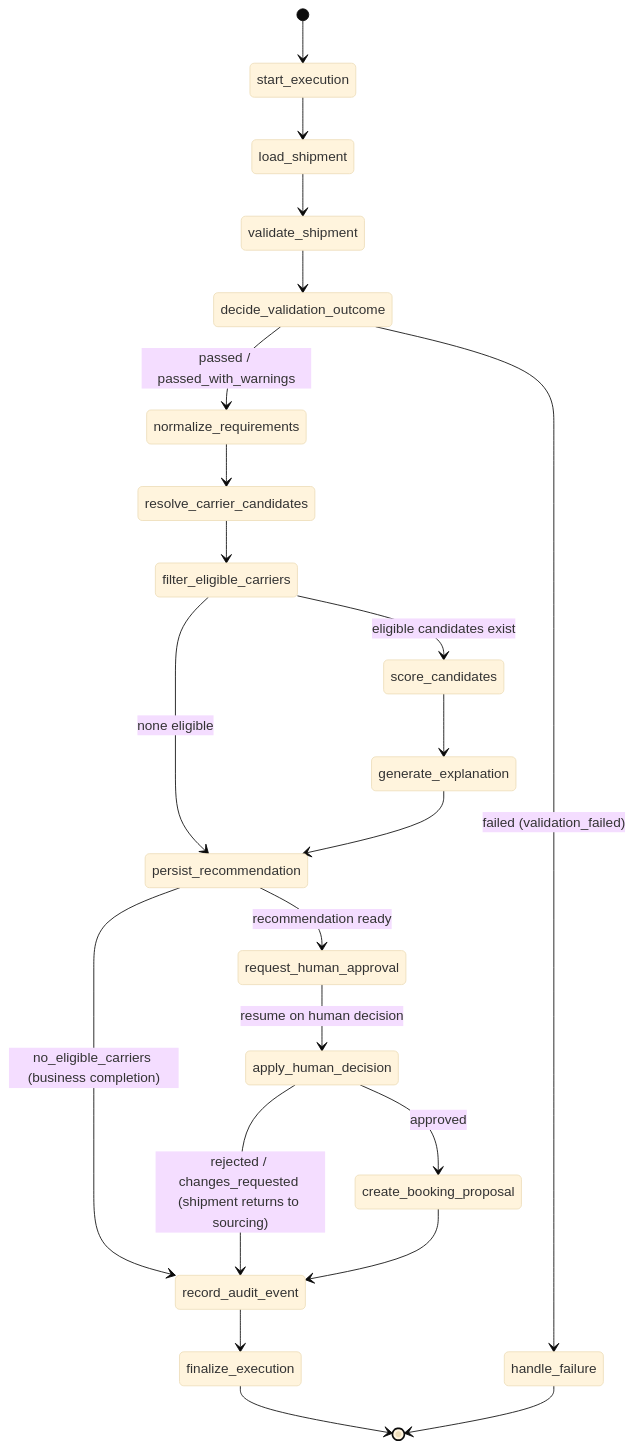
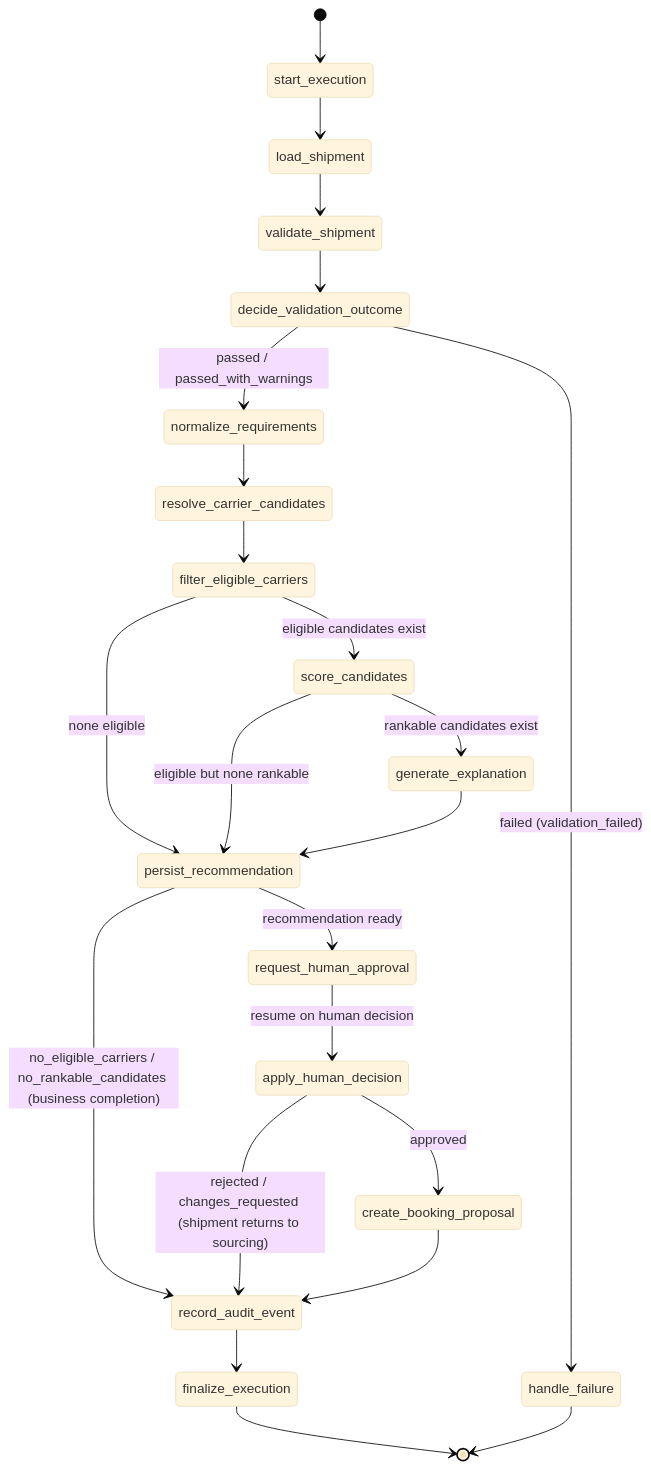
One commit to gmohanasriram-wq/FreightOps_AI changed the first of 2 diagrams in docs/07-agent-workflow.md. Above: the diagram before and after it, drawn with Mermaid (base theme). The commit also changed other lines of this file and 11 other files, not shown here.

````diff
--- a/docs/07-agent-workflow.md
+++ b/docs/07-agent-workflow.md
@@ -402,24 +402,25 @@
 ```mermaid
 stateDiagram-v2
     [*] --> start_execution
     start_execution --> load_shipment
     load_shipment --> validate_shipment
     validate_shipment --> decide_validation_outcome
     decide_validation_outcome --> normalize_requirements: passed / passed_with_warnings
     decide_validation_outcome --> handle_failure: failed (validation_failed)
     normalize_requirements --> resolve_carrier_candidates
     resolve_carrier_candidates --> filter_eligible_carriers
     filter_eligible_carriers --> score_candidates: eligible candidates exist
     filter_eligible_carriers --> persist_recommendation: none eligible
-    score_candidates --> generate_explanation
+    score_candidates --> generate_explanation: rankable candidates exist
+    score_candidates --> persist_recommendation: eligible but none rankable
     generate_explanation --> persist_recommendation
     persist_recommendation --> request_human_approval: recommendation ready
-    persist_recommendation --> record_audit_event: no_eligible_carriers (business completion)
+    persist_recommendation --> record_audit_event: no_eligible_carriers / no_rankable_candidates (business completion)
     request_human_approval --> apply_human_decision: resume on human decision
     apply_human_decision --> create_booking_proposal: approved
     apply_human_decision --> record_audit_event: rejected / changes_requested (shipment returns to sourcing)
     create_booking_proposal --> record_audit_event
     record_audit_event --> finalize_execution
     finalize_execution --> [*]
     handle_failure --> [*]
 ```
````
